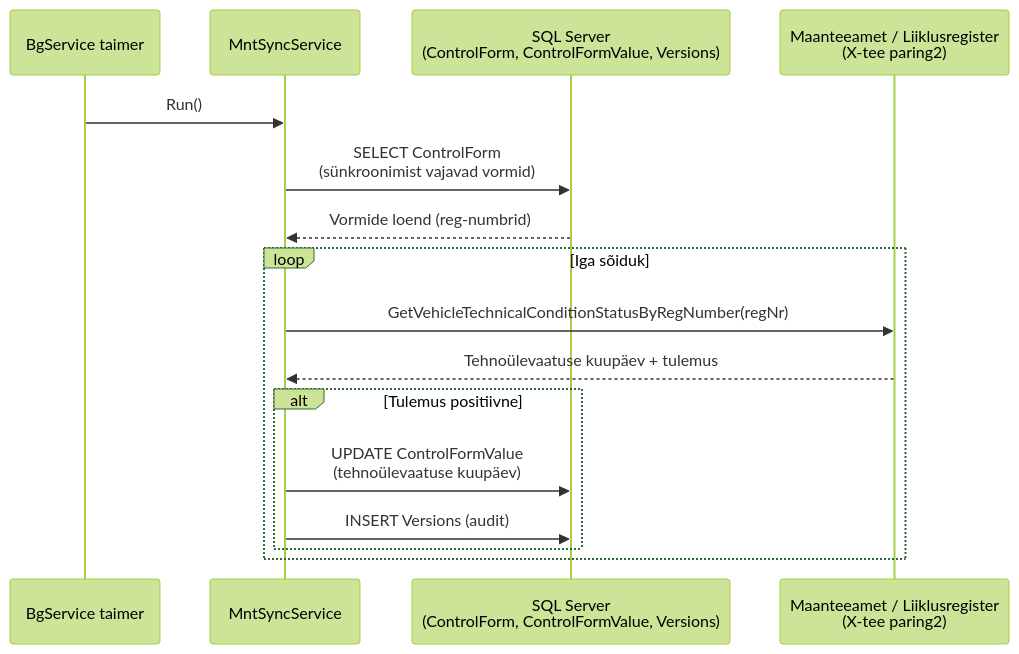
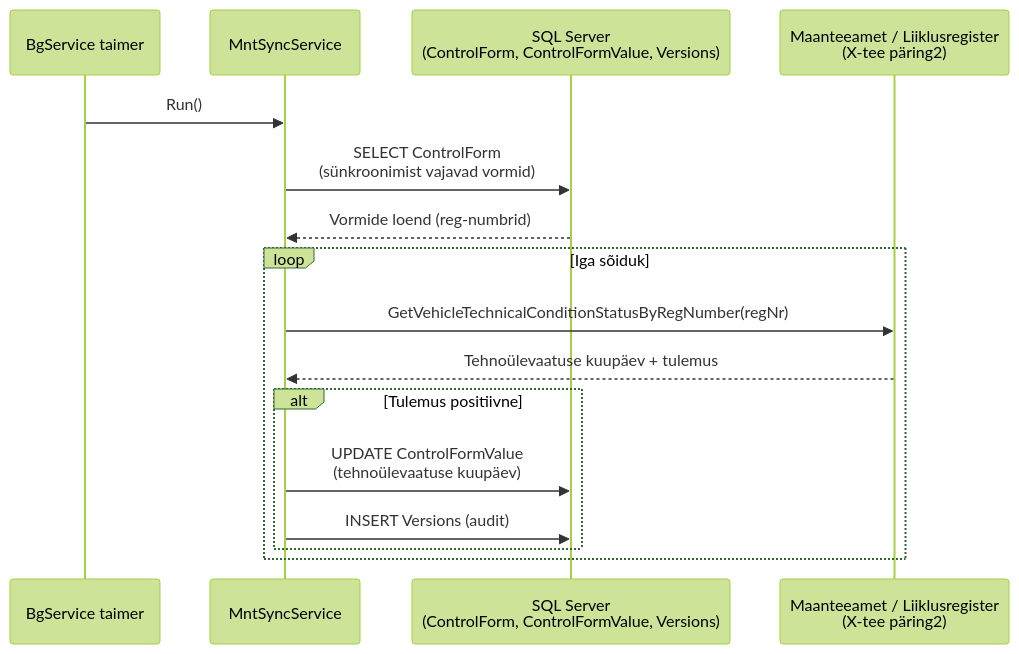
The fifth of 7 diagrams in architecture/sequence-diagrams.md (kemit-ee/ljvis-2), drawn with Mermaid (forest theme) before and after one commit. The commit also changed other lines of this file and 1 other file, not shown here.

Commit message:
arhitektuuridokke puhastatud

````diff
--- a/architecture/sequence-diagrams.md
+++ b/architecture/sequence-diagrams.md
@@ -141,22 +141,22 @@
 ```mermaid
 sequenceDiagram
     participant Timer as BgService taimer
     participant MntSvc as MntSyncService
     participant DB as SQL Server<br/>(ControlForm, ControlFormValue, Versions)
-    participant MNT as Maanteeamet / Liiklusregister<br/>(X-tee paring2)
+    participant MNT as Maanteeamet / Liiklusregister<br/>(X-tee päring2)
 
     Timer->>MntSvc: Run()
 
     MntSvc->>DB: SELECT ControlForm<br/>(sünkroonimist vajavad vormid)
     DB-->>MntSvc: Vormide loend (reg-numbrid)
 
     loop Iga sõiduk
         MntSvc->>MNT: GetVehicleTechnicalConditionStatusByRegNumber(regNr)
         MNT-->>MntSvc: Tehnoülevaatuse kuupäev + tulemus
 
         alt Tulemus positiivne
             MntSvc->>DB: UPDATE ControlFormValue<br/>(tehnoülevaatuse kuupäev)
             MntSvc->>DB: INSERT Versions (audit)
         end
     end
 ```
````
